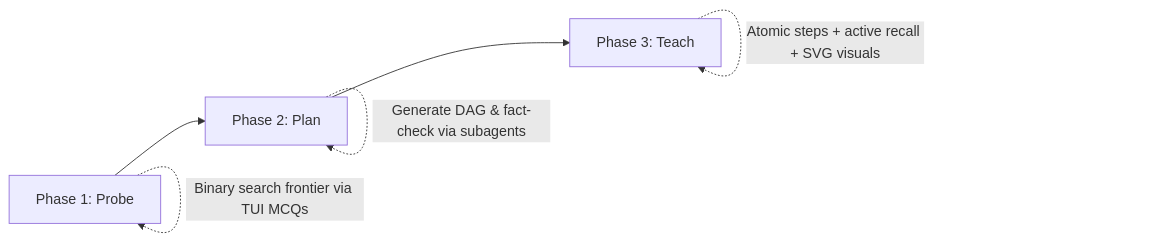
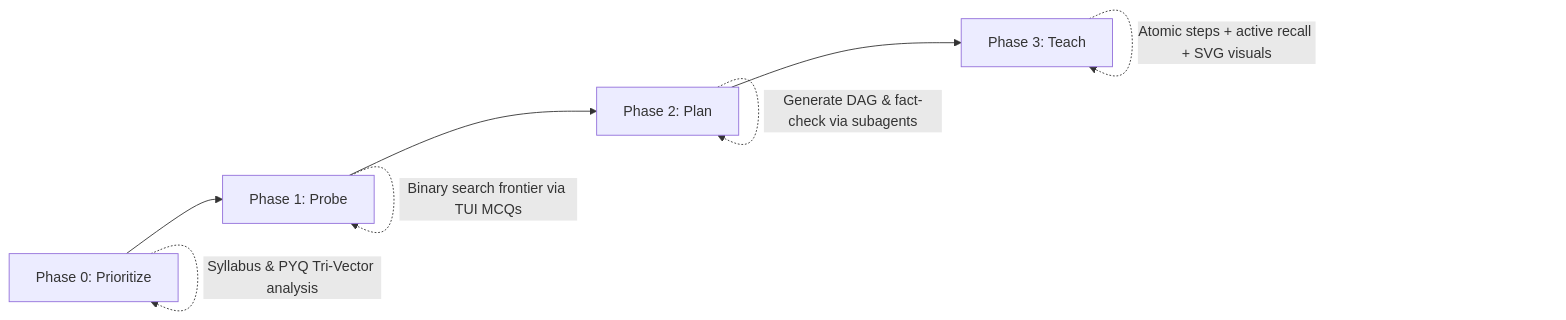
The first of 2 diagrams in README.md (Josephxcx/pi-learn), drawn with Mermaid before and after one commit. The commit also changed other lines of this file, not shown here.

Commit message:
docs: update README with 4-phase framework and syllabus prioritization tools

````diff
--- a/README.md
+++ b/README.md
@@ -101,7 +101,8 @@
 ```mermaid
 flowchart LR
-    A["Phase 1: Probe"] --> B["Phase 2: Plan"] --> C["Phase 3: Teach"]
+    A0["Phase 0: Prioritize"] --> A["Phase 1: Probe"] --> B["Phase 2: Plan"] --> C["Phase 3: Teach"]
+    A0 -.->|Syllabus & PYQ Tri-Vector analysis| A0
     A -.->|Binary search frontier via TUI MCQs| A
     B -.->|Generate DAG & fact-check via subagents| B
     C -.->|Atomic steps + active recall + SVG visuals| C
 ```
````
